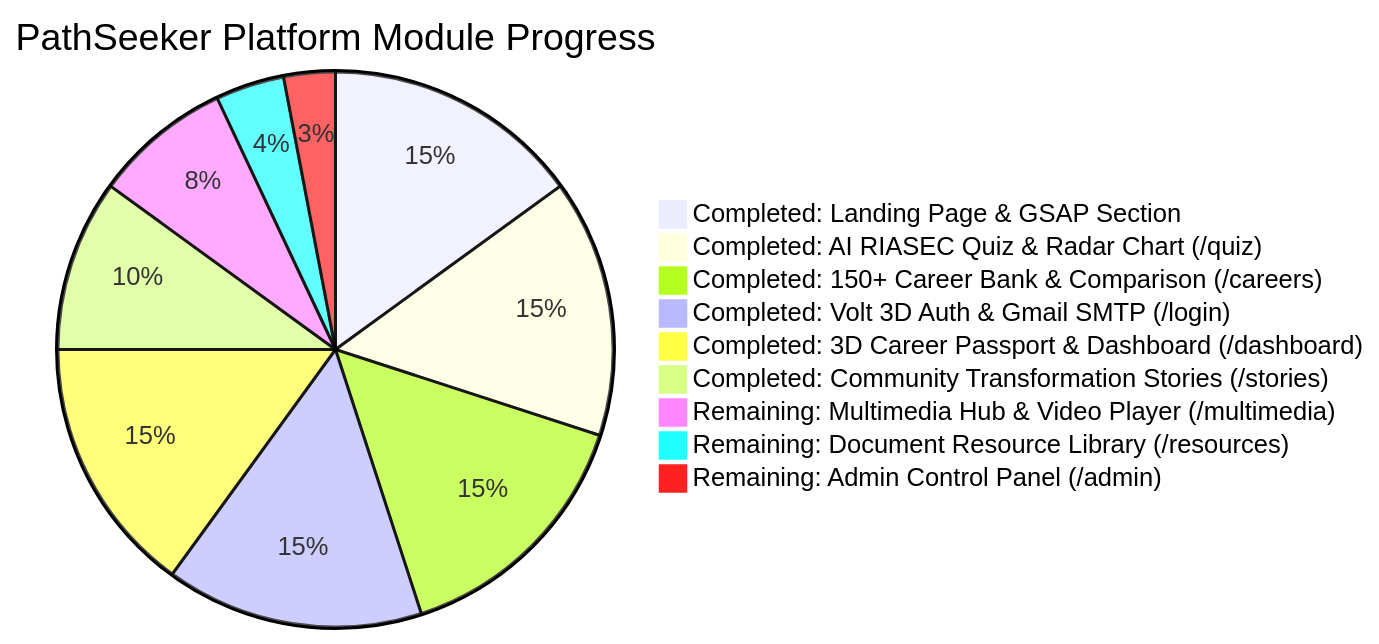
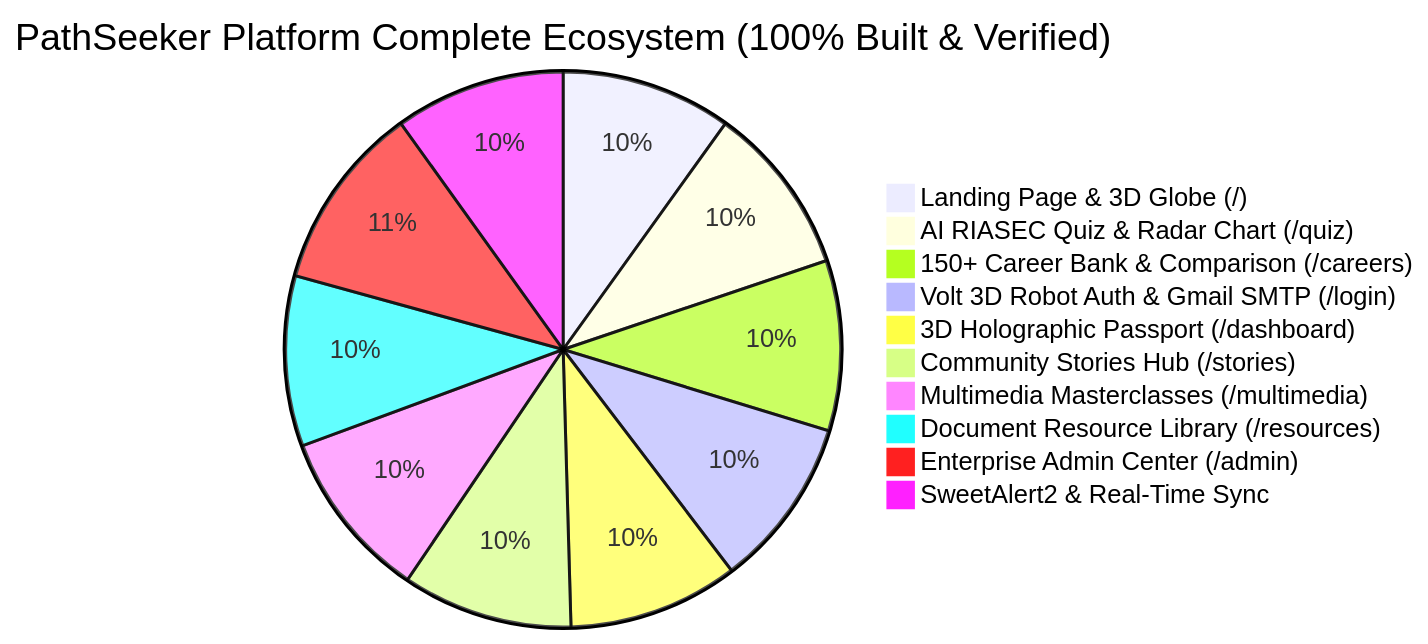
The diagram in README.md (Humaam-04-06/Quantic_-Career_Passport-), drawn with Mermaid before and after one commit. The commit also changed other lines of this file and 72 other files, not shown here.

````diff
--- a/README.md
+++ b/README.md
@@ -15,12 +15,13 @@
 ```mermaid
-pie title PathSeeker Platform Module Progress
-    "Completed: Landing Page & GSAP Section" : 15
-    "Completed: AI RIASEC Quiz & Radar Chart (/quiz)" : 15
-    "Completed: 150+ Career Bank & Comparison (/careers)" : 15
-    "Completed: Volt 3D Auth & Gmail SMTP (/login)" : 15
-    "Completed: 3D Career Passport & Dashboard (/dashboard)" : 15
-    "Completed: Community Transformation Stories (/stories)" : 10
-    "Remaining: Multimedia Hub & Video Player (/multimedia)" : 8
-    "Remaining: Document Resource Library (/resources)" : 4
-    "Remaining: Admin Control Panel (/admin)" : 3
+pie title PathSeeker Platform Complete Ecosystem (100% Built & Verified)
+    "Landing Page & 3D Globe (/)" : 11
+    "AI RIASEC Quiz & Radar Chart (/quiz)" : 11
+    "150+ Career Bank & Comparison (/careers)" : 11
+    "Volt 3D Robot Auth & Gmail SMTP (/login)" : 11
+    "3D Holographic Passport (/dashboard)" : 11
+    "Community Stories Hub (/stories)" : 11
+    "Multimedia Masterclasses (/multimedia)" : 11
+    "Document Resource Library (/resources)" : 11
+    "Enterprise Admin Center (/admin)" : 12
+    "SweetAlert2 & Real-Time Sync" : 11
 ```
````
